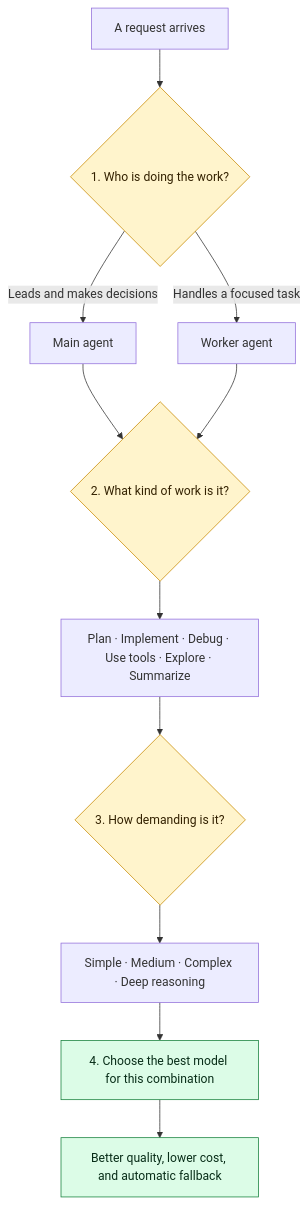
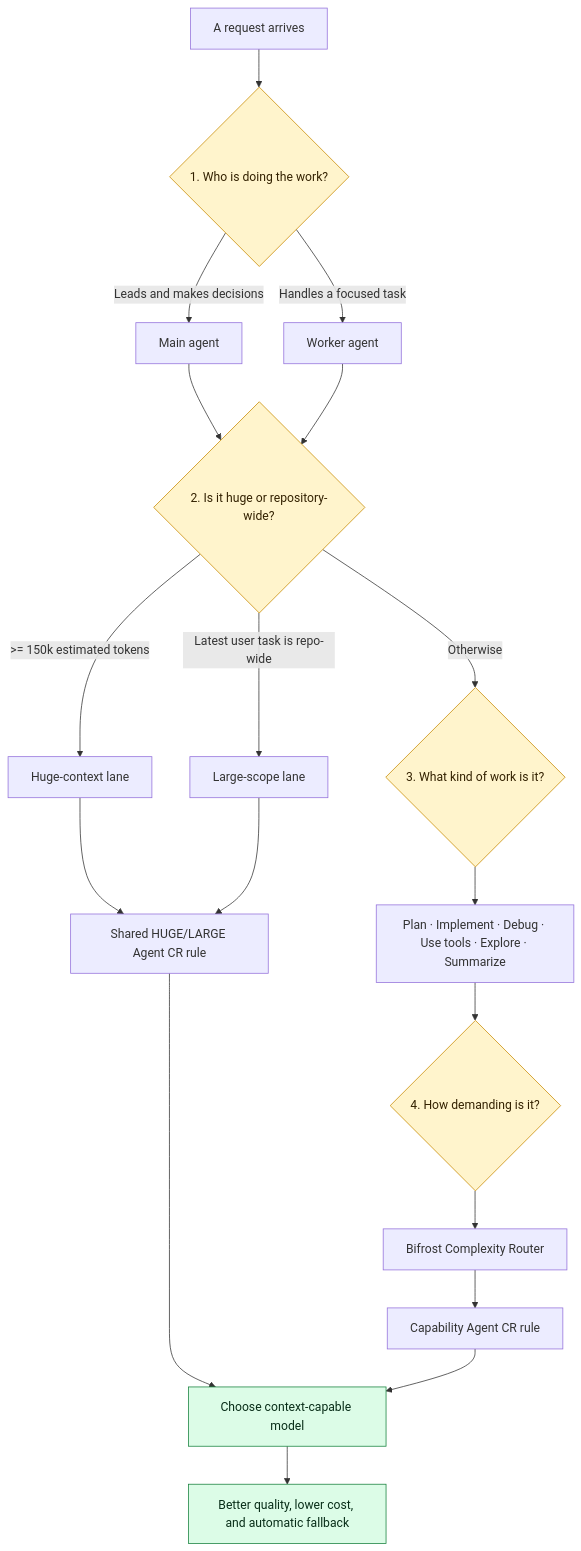
One commit to codex-corp/bifrost-capability-plugin changed the first of 3 diagrams in README.md. Above: the diagram before and after it, drawn with Mermaid. The commit also changed other lines of this file and 15 other files, not shown here.

First line of the commit message:
feat: add large-scope and huge-context routing lanes

````diff
--- a/README.md
+++ b/README.md
@@ -11,18 +11,25 @@
 ```mermaid
 flowchart TD
     R["A request arrives"] --> ROLE{"1. Who is doing the work?"}
     ROLE -->|"Leads and makes decisions"| MAIN["Main agent"]
     ROLE -->|"Handles a focused task"| WORKER["Worker agent"]
-    MAIN --> CAP{"2. What kind of work is it?"}
-    WORKER --> CAP
+    MAIN --> SCOPE{"2. Is it huge or repository-wide?"}
+    WORKER --> SCOPE
+    SCOPE -->|">= 150k estimated tokens"| HUGE["Huge-context lane"]
+    SCOPE -->|"Latest user task is repo-wide"| LARGE["Large-scope lane"]
+    SCOPE -->|"Otherwise"| CAP{"3. What kind of work is it?"}
     CAP --> TYPES["Plan · Implement · Debug · Use tools · Explore · Summarize"]
-    TYPES --> EFFORT{"3. How demanding is it?"}
-    EFFORT --> LEVELS["Simple · Medium · Complex · Deep reasoning"]
-    LEVELS --> MODEL["4. Choose the best model for this combination"]
+    HUGE --> SHARED["Shared HUGE/LARGE Agent CR rule"]
+    LARGE --> SHARED
+    SHARED --> MODEL["Choose context-capable model"]
+    TYPES --> EFFORT{"4. How demanding is it?"}
+    EFFORT --> LEVELS["Bifrost Complexity Router"]
+    LEVELS --> RULE["Capability Agent CR rule"]
+    RULE --> MODEL
     MODEL --> RESULT["Better quality, lower cost, and automatic fallback"]
 
     classDef question fill:#fff4cc,stroke:#c88a00,color:#332100;
     classDef outcome fill:#dcfce7,stroke:#16803c,color:#082d18;
-    class ROLE,CAP,EFFORT question;
+    class ROLE,SCOPE,CAP,EFFORT question;
     class MODEL,RESULT outcome;
 ```
````
